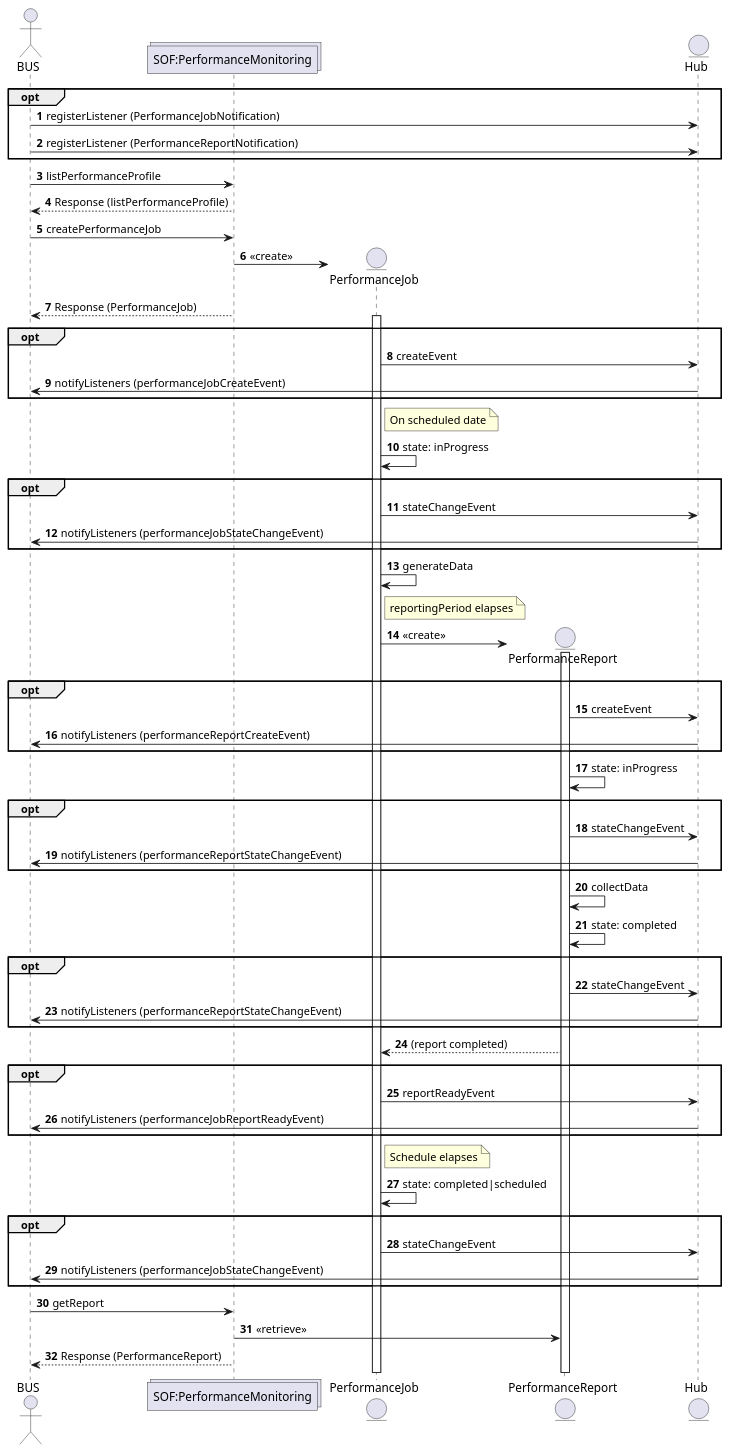
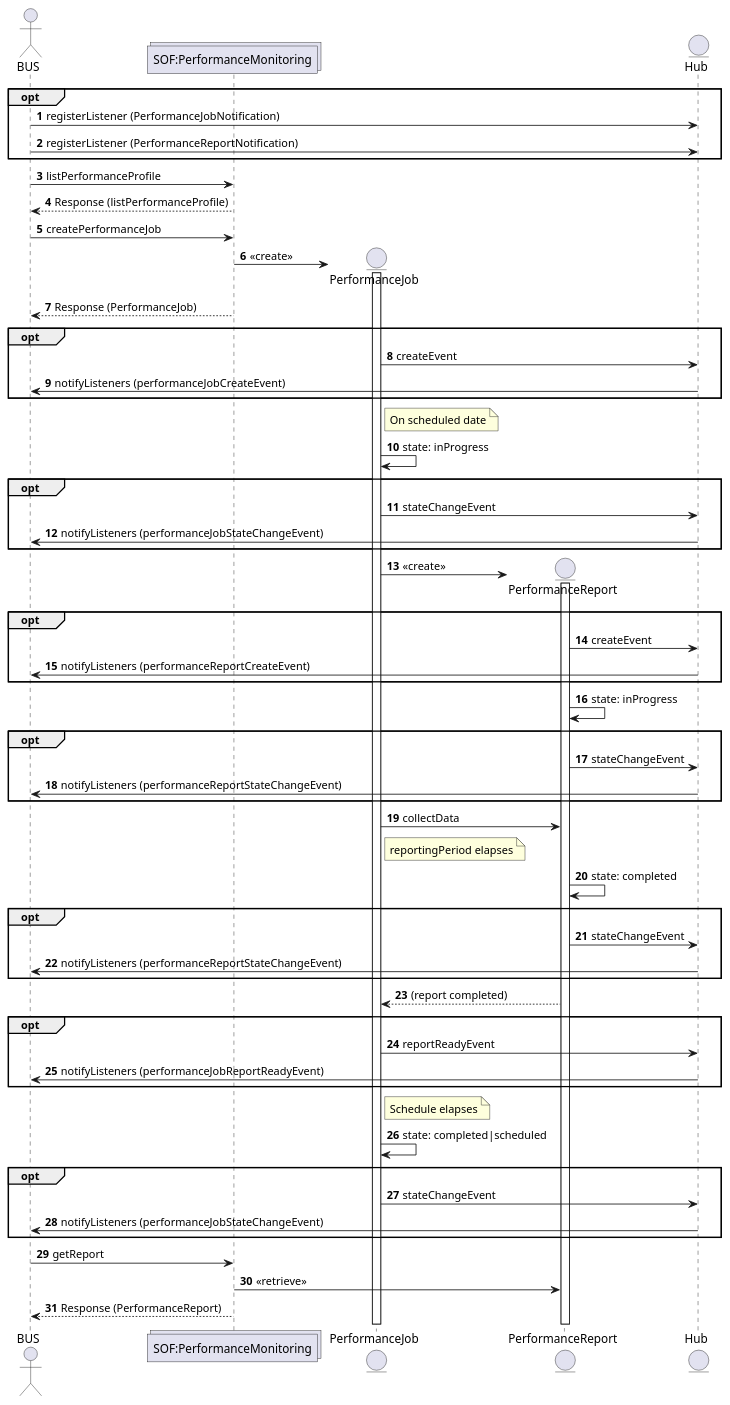
The diagram in documentation/serviceApi/pm/performance/media/src/pmProvisioningOutsideServiceOrder.puml (MEF-GIT/MEF-LSO-Interlude-SDK), drawn with PlantUML before and after one commit. The commit also changed 74 other files, not shown here.

```diff
--- a/documentation/serviceApi/pm/performance/media/src/pmProvisioningOutsideServiceOrder.puml
+++ b/documentation/serviceApi/pm/performance/media/src/pmProvisioningOutsideServiceOrder.puml
@@ -1,91 +1,89 @@
 @startuml pmProvisioningOutsideServiceOrder
 autonumber
 
 actor BUS as B
 collections "SOF:PerformanceMonitoring" as PM
 
 entity Hub 
 
 opt
 B -> Hub: registerListener (PerformanceJobNotification)
 B -> Hub: registerListener (PerformanceReportNotification)
 end
 
 B -> PM: listPerformanceProfile
 PM --> B: Response (listPerformanceProfile)
 
 B -> PM: createPerformanceJob
 
 create entity PerformanceJob as PJ
 PM -> PJ: <<create>>
-
+activate PJ
 PM --> B: Response (PerformanceJob)
 
-activate PJ
+
 
 opt
 PJ -> Hub: createEvent
 Hub -> B: notifyListeners (performanceJobCreateEvent)
 end
 
 note right of PJ: On scheduled date
 PJ -> PJ: state: inProgress
 
 opt
 PJ -> Hub: stateChangeEvent
 Hub -> B: notifyListeners (performanceJobStateChangeEvent)
 end
 
-PJ -> PJ: generateData
+create entity PerformanceReport as PR
 
-note right of PJ: reportingPeriod elapses
-
-create entity PerformanceReport as PR
 PJ -> PR: <<create>>
 
 activate PR
 
 opt
-PR -> Hub: createEvent
-Hub -> B: notifyListeners (performanceReportCreateEvent)
-end
+  PR -> Hub: createEvent
+  Hub -> B: notifyListeners (performanceReportCreateEvent)
+end 
 
 PR -> PR: state: inProgress
 
 opt
-PR -> Hub: stateChangeEvent
-Hub -> B: notifyListeners (performanceReportStateChangeEvent)
+  PR -> Hub: stateChangeEvent
+  Hub -> B: notifyListeners (performanceReportStateChangeEvent)
 end
 
-PR -> PR: collectData
+PJ -> PR: collectData
+
+note right of PJ: reportingPeriod elapses
 
 PR -> PR: state: completed
-
 opt
 PR -> Hub: stateChangeEvent
 Hub -> B: notifyListeners (performanceReportStateChangeEvent)
 end
 
 PR --> PJ: (report completed)
 
 opt
 PJ -> Hub: reportReadyEvent
 Hub -> B: notifyListeners (performanceJobReportReadyEvent)
 end
 
 note right of PJ: Schedule elapses
 
 PJ -> PJ: state: completed|scheduled
 
 opt
 PJ -> Hub: stateChangeEvent
 Hub -> B: notifyListeners (performanceJobStateChangeEvent)
 end
 
 B -> PM: getReport
 PM -> PR: <<retrieve>>
 PM --> B: Response (PerformanceReport)
 
 entity Hub
 
 @enduml
```
